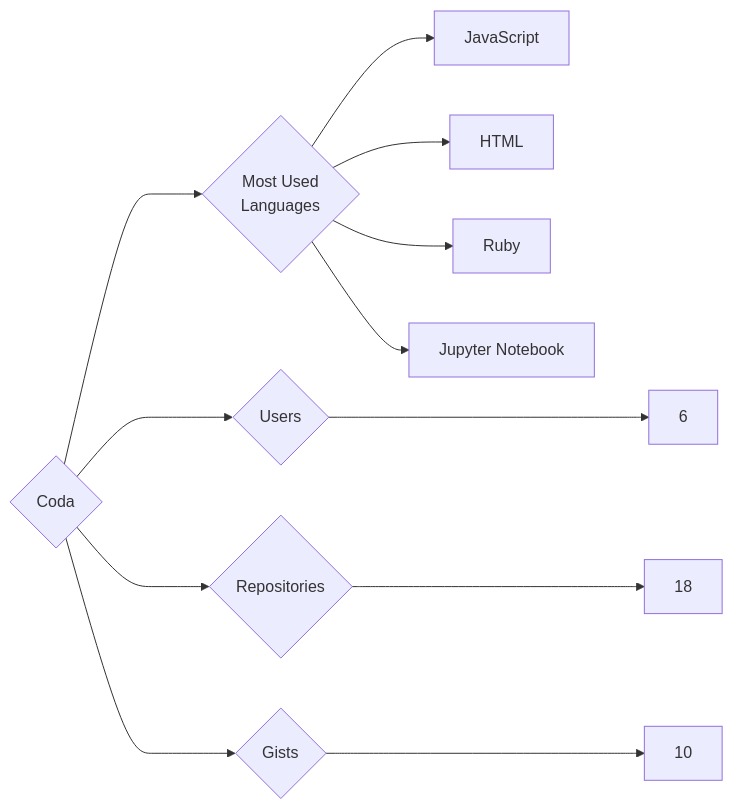
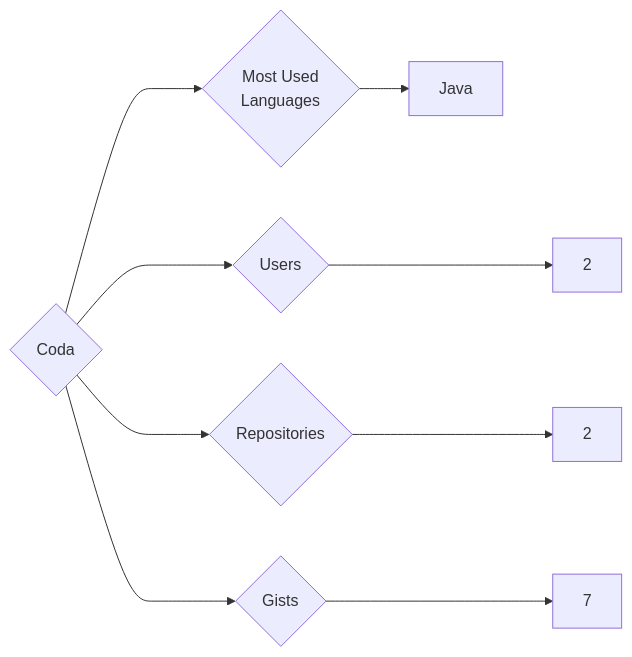
One commit to trickest/insiders changed the diagram in targets/Coda/README.md. Above: the diagram before and after it, drawn with Mermaid. The commit also changed 724 other files, not shown here.

````diff
--- a/targets/Coda/README.md
+++ b/targets/Coda/README.md
@@ -3,12 +3,9 @@
 ```mermaid
 graph LR
 COMPANY_NAME{Coda}
-COMPANY_NAME ---> U{Users} ---> UN[6]
-COMPANY_NAME ---> R{Repositories} ---> RN[18]
-COMPANY_NAME ---> G{Gists} ---> GN[10]
+COMPANY_NAME ---> U{Users} ---> UN[2]
+COMPANY_NAME ---> R{Repositories} ---> RN[2]
+COMPANY_NAME ---> G{Gists} ---> GN[7]
 COMPANY_NAME ---> ML{Most Used<br>Languages}
-ML --> JavaScript[JavaScript]
-ML --> HTML[HTML]
-ML --> Ruby[Ruby]
-ML --> Jupyter_Notebook[Jupyter Notebook]
+ML --> Java[Java]
 ```
````
